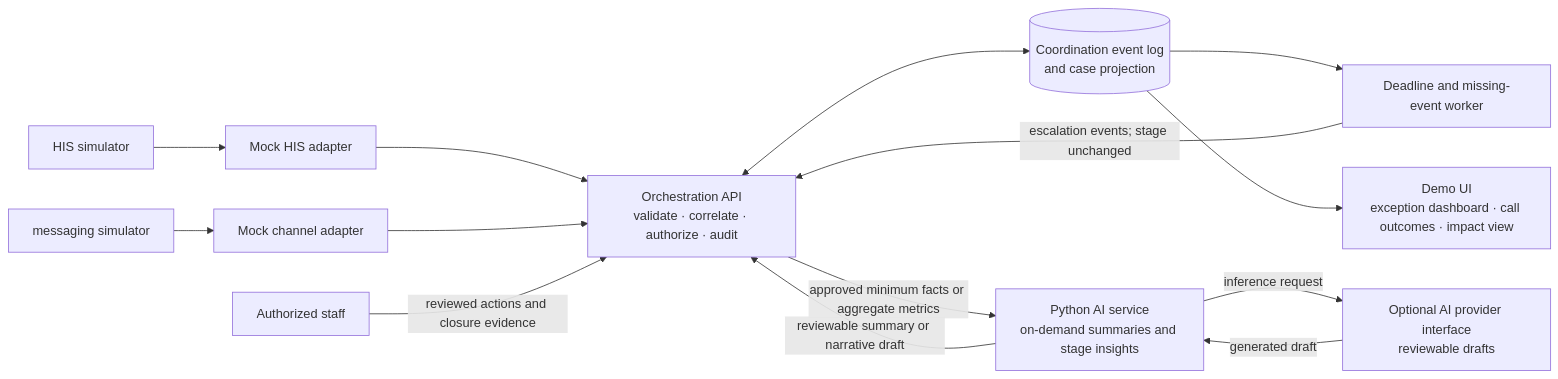
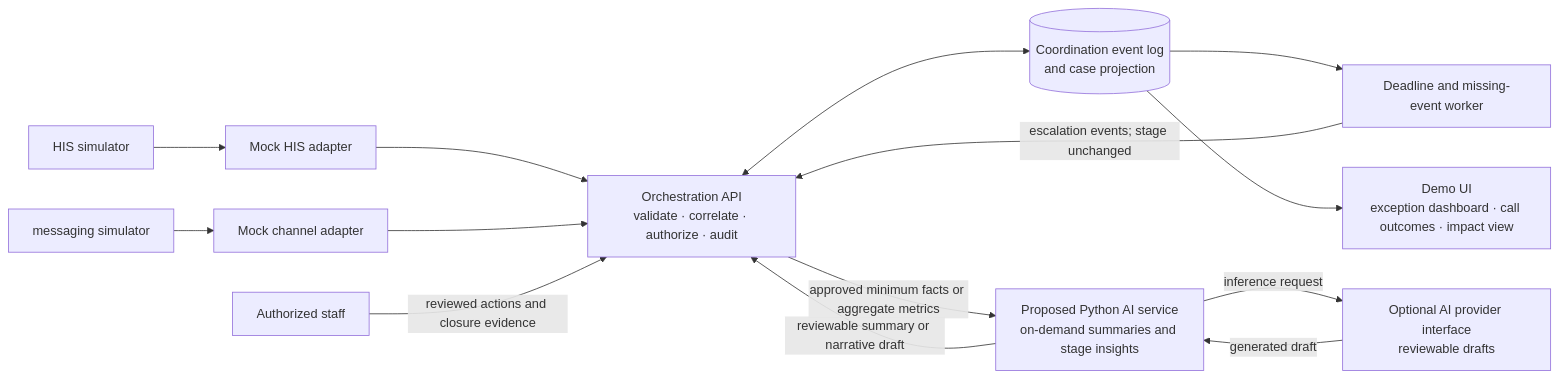
Before and after one commit to savannah-pulse/care-loop: the first of 2 diagrams in docs/ai-design/architecture.md, drawn with Mermaid. The commit also changed other lines of this file and 50 other files, not shown here.

Commit message:
Remove Python AI workflow service

````diff
--- a/docs/ai-design/architecture.md
+++ b/docs/ai-design/architecture.md
@@ -11,26 +13,26 @@
 ```mermaid
 flowchart LR
     HIS[HIS simulator]
     CHANNEL[messaging simulator]
     HISADAPTER[Mock HIS adapter]
     CHANNELADAPTER[Mock channel adapter]
     API[Orchestration API<br/>validate · correlate · authorize · audit]
     STORE[(Coordination event log<br/>and case projection)]
     WORKER[Deadline and missing-event worker]
     UI[Demo UI<br/>exception dashboard · call outcomes · impact view]
-    AIWORKFLOW[Python AI service<br/>on-demand summaries and stage insights]
+    AIWORKFLOW[Proposed Python AI service<br/>on-demand summaries and stage insights]
     AIPROVIDER[Optional AI provider interface<br/>reviewable drafts]
     HUMAN[Authorized staff]
 
     HIS --> HISADAPTER --> API
     CHANNEL --> CHANNELADAPTER --> API
     API <--> STORE
     STORE --> WORKER
     WORKER -->|escalation events; stage unchanged| API
     STORE --> UI
     HUMAN -->|reviewed actions and closure evidence| API
     API -->|approved minimum facts or aggregate metrics| AIWORKFLOW
     AIWORKFLOW -->|reviewable summary or narrative draft| API
     AIWORKFLOW -->|inference request| AIPROVIDER
     AIPROVIDER -->|generated draft| AIWORKFLOW
 ```
````
